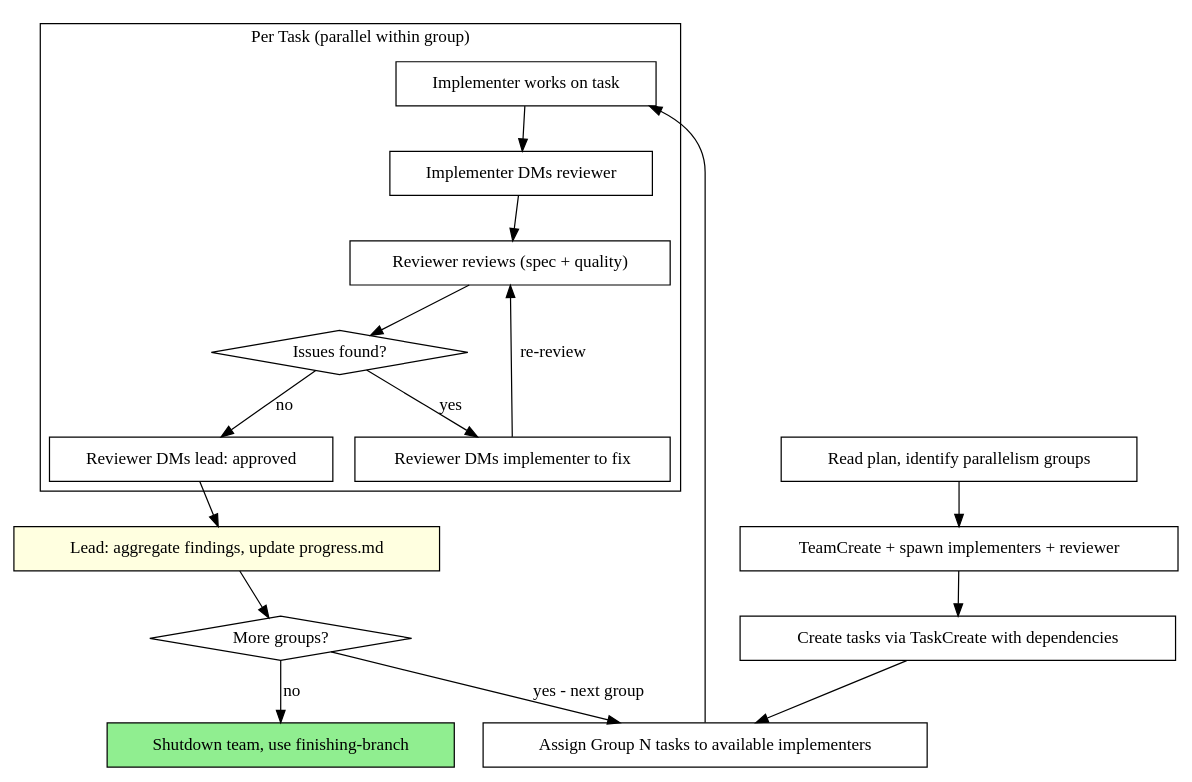
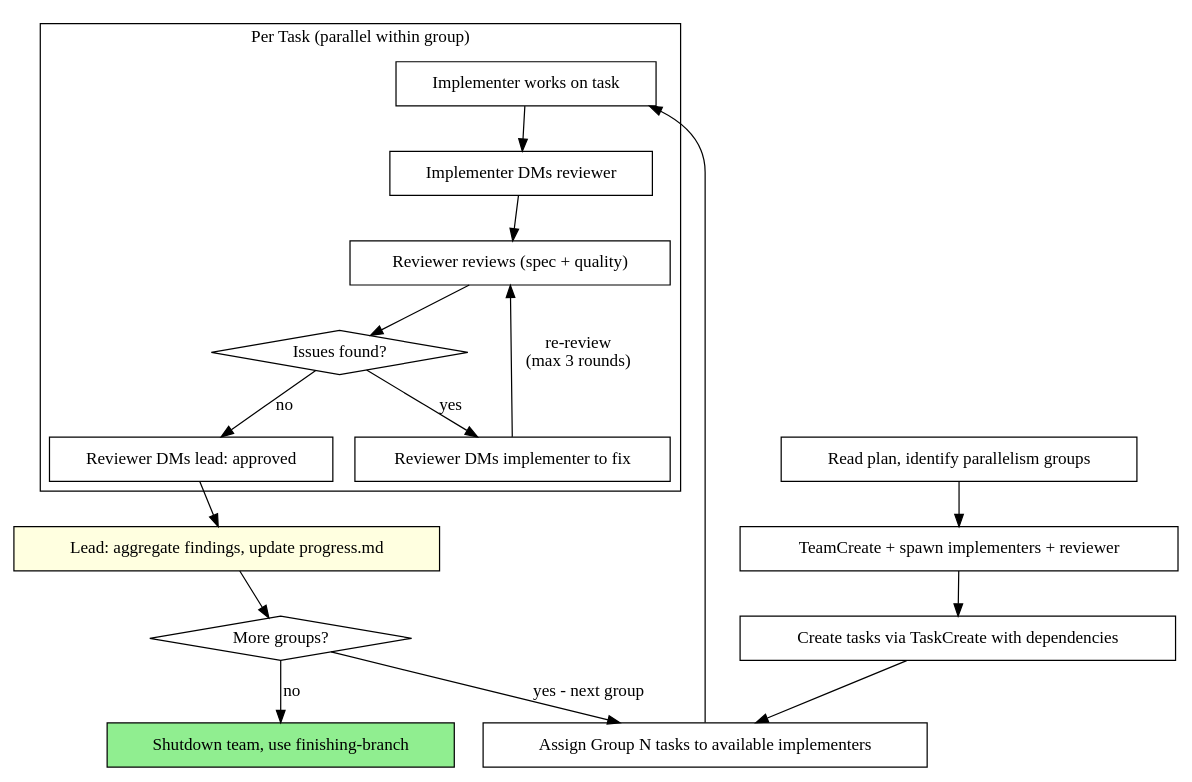
Before and after one commit to SipengXie2024/superpower-planning: the second of 2 diagrams in skills/team-driven/SKILL.md, drawn with Graphviz. The commit also changed other lines of this file and 6 other files, not shown here.

````diff
--- a/skills/team-driven/SKILL.md
+++ b/skills/team-driven/SKILL.md
@@ -73,39 +92,39 @@
 ```dot
 digraph process {
     rankdir=TB;
 
     "Read plan, identify parallelism groups" [shape=box];
     "TeamCreate + spawn implementers + reviewer" [shape=box];
     "Create tasks via TaskCreate with dependencies" [shape=box];
     "Assign Group N tasks to available implementers" [shape=box];
 
     subgraph cluster_per_task {
         label="Per Task (parallel within group)";
         "Implementer works on task" [shape=box];
         "Implementer DMs reviewer" [shape=box];
         "Reviewer reviews (spec + quality)" [shape=box];
         "Issues found?" [shape=diamond];
         "Reviewer DMs implementer to fix" [shape=box];
         "Reviewer DMs lead: approved" [shape=box];
     }
 
     "Lead: aggregate findings, update progress.md" [shape=box style=filled fillcolor=lightyellow];
     "More groups?" [shape=diamond];
     "Shutdown team, use finishing-branch" [shape=box style=filled fillcolor=lightgreen];
 
     "Read plan, identify parallelism groups" -> "TeamCreate + spawn implementers + reviewer";
     "TeamCreate + spawn implementers + reviewer" -> "Create tasks via TaskCreate with dependencies";
     "Create tasks via TaskCreate with dependencies" -> "Assign Group N tasks to available implementers";
     "Assign Group N tasks to available implementers" -> "Implementer works on task";
     "Implementer works on task" -> "Implementer DMs reviewer";
     "Implementer DMs reviewer" -> "Reviewer reviews (spec + quality)";
     "Reviewer reviews (spec + quality)" -> "Issues found?";
     "Issues found?" -> "Reviewer DMs implementer to fix" [label="yes"];
-    "Reviewer DMs implementer to fix" -> "Reviewer reviews (spec + quality)" [label="re-review"];
+    "Reviewer DMs implementer to fix" -> "Reviewer reviews (spec + quality)" [label="re-review\n(max 3 rounds)"];
     "Issues found?" -> "Reviewer DMs lead: approved" [label="no"];
     "Reviewer DMs lead: approved" -> "Lead: aggregate findings, update progress.md";
     "Lead: aggregate findings, update progress.md" -> "More groups?";
     "More groups?" -> "Assign Group N tasks to available implementers" [label="yes - next group"];
     "More groups?" -> "Shutdown team, use finishing-branch" [label="no"];
 }
 ```
````
